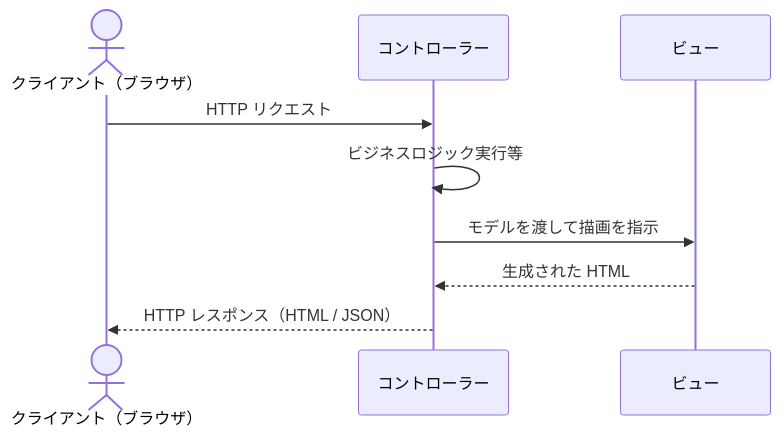
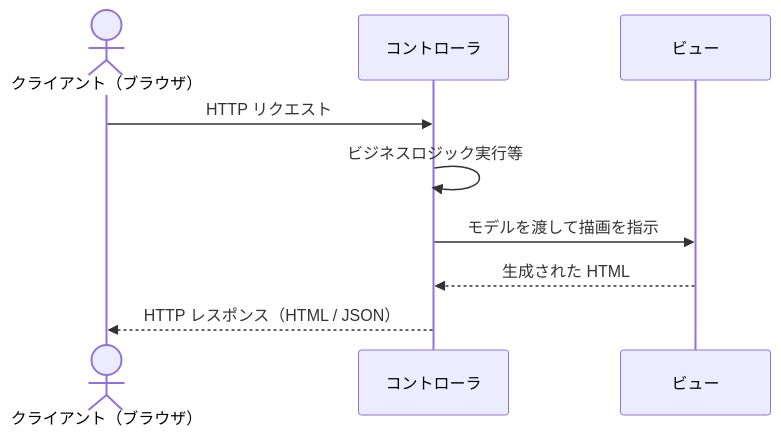
One commit to microsoft/aspnetcore-ja-handbook changed the first of 8 diagrams in docs/03-mvc-web-and-api.md. Above: the diagram before and after it, drawn with Mermaid. The commit also changed other lines of this file and 3 other files, not shown here.

````diff
--- a/docs/03-mvc-web-and-api.md
+++ b/docs/03-mvc-web-and-api.md
@@ -12,11 +12,11 @@
 ```mermaid
 sequenceDiagram
     actor Client as クライアント（ブラウザ）
-    participant C as コントローラー
+    participant C as コントローラ
     participant V as ビュー
     Client->>C: HTTP リクエスト
     C->>C: ビジネスロジック実行等
     C->>V: モデルを渡して描画を指示
     V-->>C: 生成された HTML
     C-->>Client: HTTP レスポンス（HTML / JSON）
 ```
````
